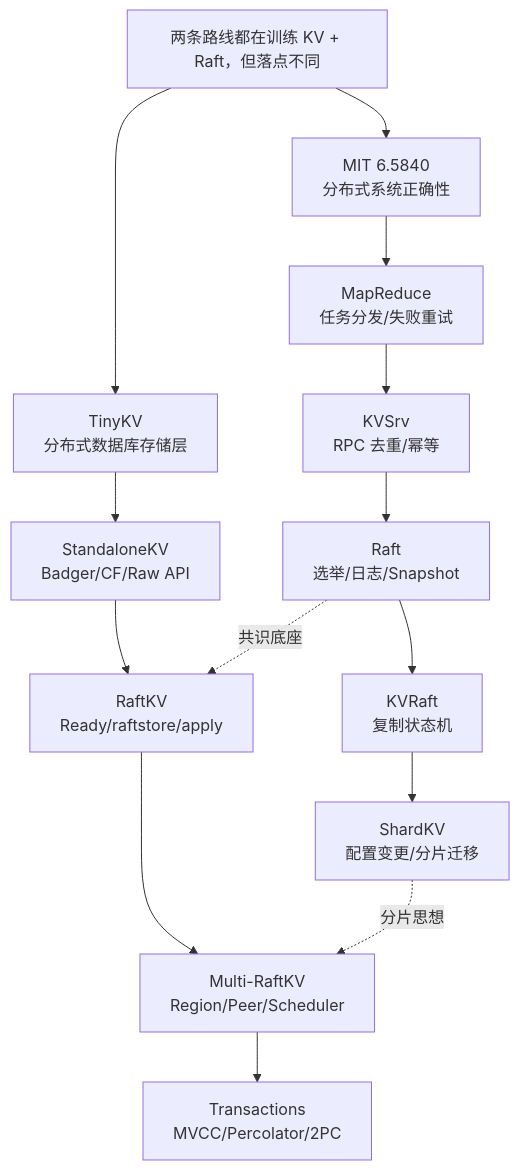
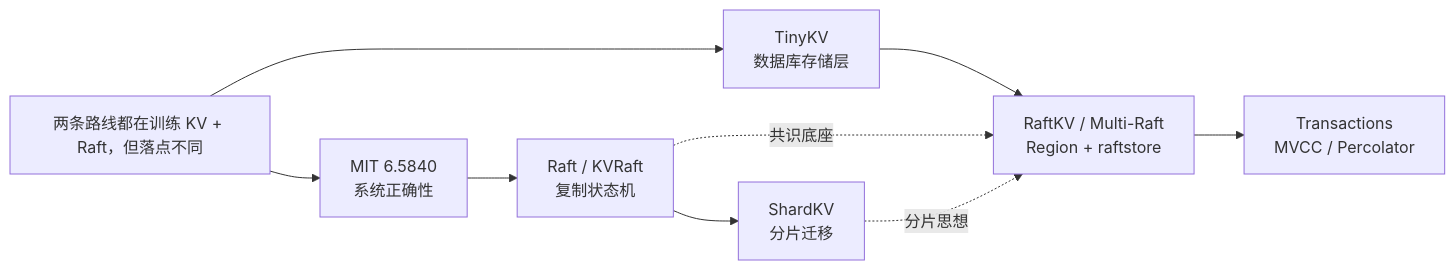
One commit to forwaryan/forwaryan.github.io changed the first of 6 diagrams in source/_posts/07-MIT6.5840和TinyKV-从分布式系统到分布式数据库存储层.md. Above: the diagram before and after it, drawn with Mermaid. The commit also changed other lines of this file and 3 other files, not shown here.

Commit message:
Polish Mermaid rendering style

```diff
--- a/source/_posts/07-MIT6.5840和TinyKV-从分布式系统到分布式数据库存储层.md
+++ b/source/_posts/07-MIT6.5840和TinyKV-从分布式系统到分布式数据库存储层.md
@@ -33,20 +33,15 @@
 {% mermaid %}
-flowchart TB
+flowchart LR
     ROOT["两条路线都在训练 KV + Raft，但落点不同"]
 
-    ROOT --> MIT0["MIT 6.5840<br/>分布式系统正确性"]
-    MIT0 --> MR["MapReduce<br/>任务分发/失败重试"]
-    MR --> KVS["KVSrv<br/>RPC 去重/幂等"]
-    KVS --> RAFT["Raft<br/>选举/日志/Snapshot"]
-    RAFT --> KVRAFT["KVRaft<br/>复制状态机"]
-    KVRAFT --> SHARD["ShardKV<br/>配置变更/分片迁移"]
+    ROOT --> MIT0["MIT 6.5840<br/>系统正确性"]
+    MIT0 --> RAFT["Raft / KVRaft<br/>复制状态机"]
+    RAFT --> SHARD["ShardKV<br/>分片迁移"]
 
-    ROOT --> TINY0["TinyKV<br/>分布式数据库存储层"]
-    TINY0 --> RAW["StandaloneKV<br/>Badger/CF/Raw API"]
-    RAW --> RK["RaftKV<br/>Ready/raftstore/apply"]
-    RK --> MRK["Multi-RaftKV<br/>Region/Peer/Scheduler"]
-    MRK --> TXN["Transactions<br/>MVCC/Percolator/2PC"]
+    ROOT --> TINY0["TinyKV<br/>数据库存储层"]
+    TINY0 --> RK["RaftKV / Multi-Raft<br/>Region + raftstore"]
+    RK --> TXN["Transactions<br/>MVCC / Percolator"]
 
     RAFT -. "共识底座" .-> RK
-    SHARD -. "分片思想" .-> MRK
+    SHARD -. "分片思想" .-> RK
 {% endmermaid %}
```
